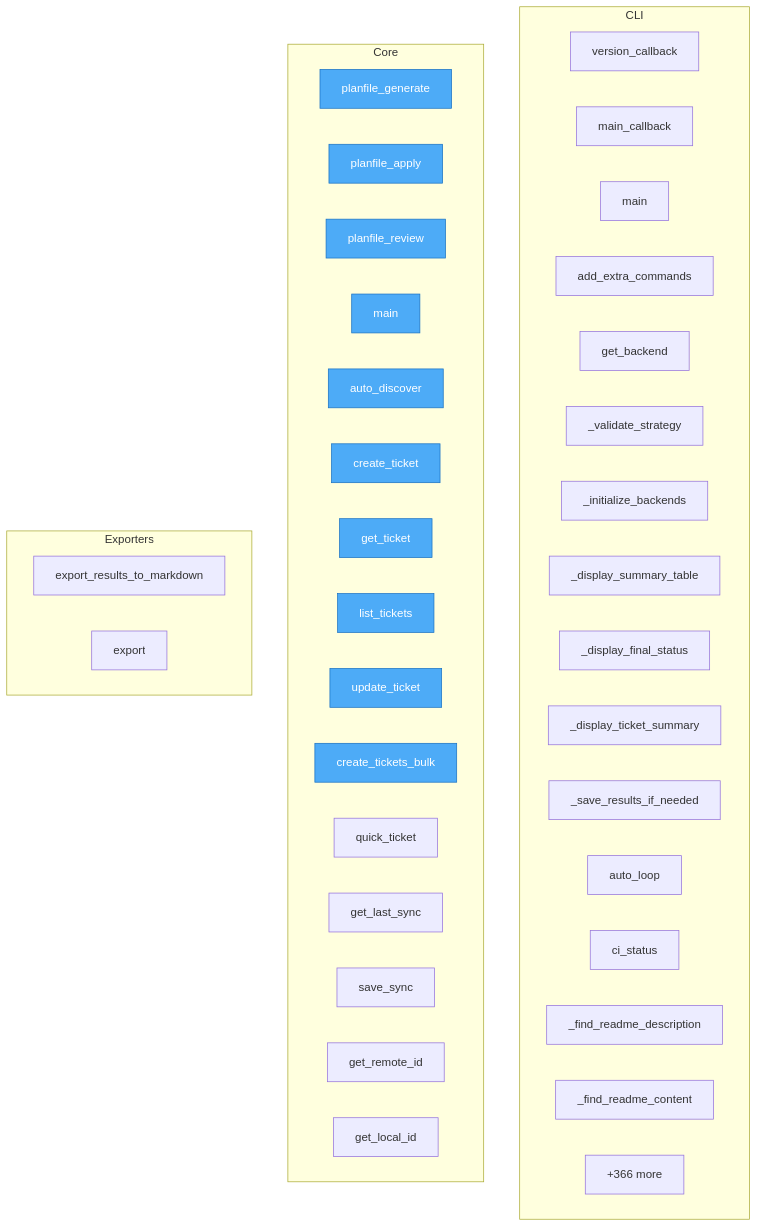
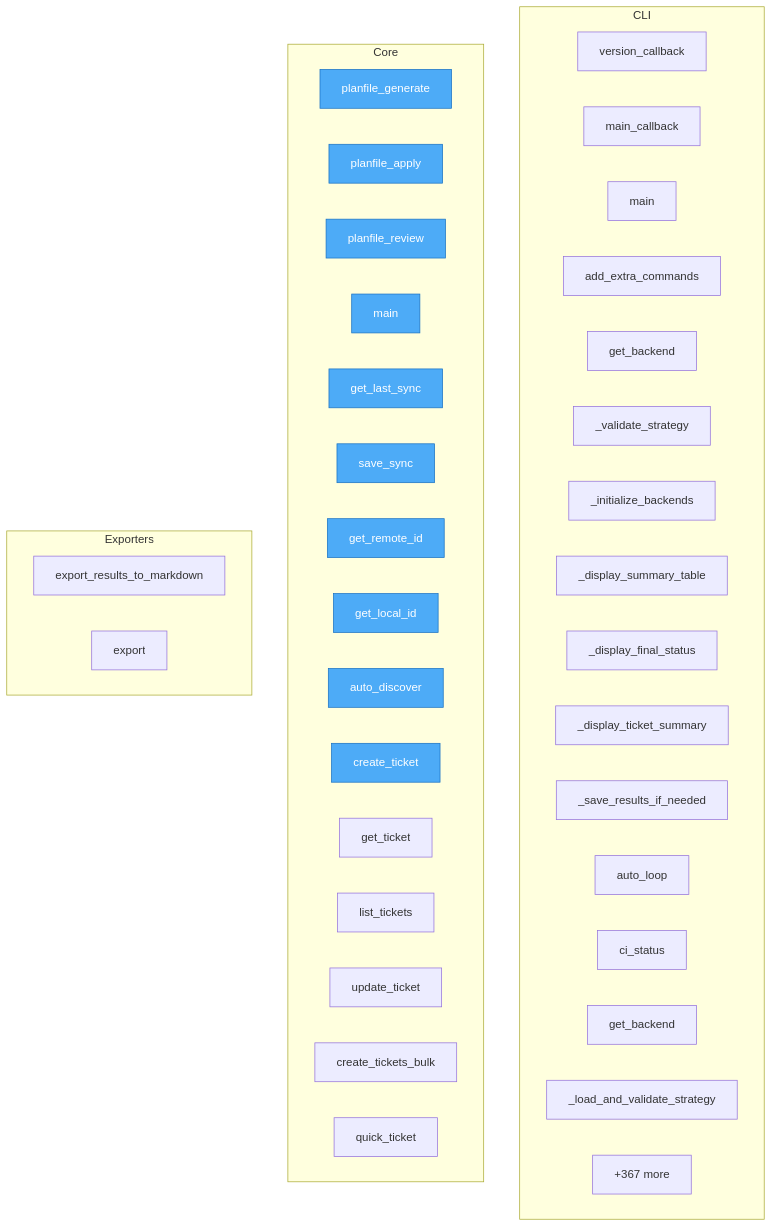
Before and after one commit to semcod/planfile: the diagram in project/flow.mmd, drawn with Mermaid. The commit also changed 22 other files, not shown here.

```diff
--- a/project/flow.mmd
+++ b/project/flow.mmd
@@ -1,49 +1,49 @@
 flowchart TD
 
     %% Entry points (blue)
     classDef entry fill:#4dabf7,stroke:#1971c2,color:#fff
 
     subgraph CLI
         planfile__cli__commands__version_callback["version_callback"]
         planfile__cli__commands__main_callback["main_callback"]
         planfile__cli__commands__main["main"]
         planfile__cli__extra_commands__add_extra_commands["add_extra_commands"]
         planfile__cli__auto_loop__get_backend["get_backend"]
         planfile__cli__auto_loop___validate_strategy["_validate_strategy"]
         planfile__cli__auto_loop___initialize_backends["_initialize_backends"]
         planfile__cli__auto_loop___display_summary_table["_display_summary_table"]
         planfile__cli__auto_loop___display_final_status["_display_final_status"]
         planfile__cli__auto_loop___display_ticket_summary["_display_ticket_summary"]
         planfile__cli__auto_loop___save_results_if_needed["_save_results_if_needed"]
         planfile__cli__auto_loop__auto_loop["auto_loop"]
         planfile__cli__auto_loop__ci_status["ci_status"]
-        planfile__cli__project_detector___find_readme_description["_find_readme_description"]
-        planfile__cli__project_detector___find_readme_content["_find_readme_content"]
+        planfile__cli__cmd__cmd_utils__get_backend["get_backend"]
+        planfile__cli__cmd__cmd_utils___load_and_validate_strategy["_load_and_validate_strategy"]
         ...["+57 more"]
     end
 
     subgraph Core
         mcp_server_example__planfile_generate["planfile_generate"]
         mcp_server_example__planfile_apply["planfile_apply"]
         mcp_server_example__planfile_review["planfile_review"]
         mcp_server_example__main["main"]
+        planfile__sync__state__SyncState__get_last_sync["get_last_sync"]
+        planfile__sync__state__SyncState__save_sync["save_sync"]
+        planfile__sync__state__SyncState__get_remote_id["get_remote_id"]
+        planfile__sync__state__SyncState__get_local_id["get_local_id"]
         planfile__Planfile__auto_discover["auto_discover"]
         planfile__Planfile__create_ticket["create_ticket"]
         planfile__Planfile__get_ticket["get_ticket"]
         planfile__Planfile__list_tickets["list_tickets"]
         planfile__Planfile__update_ticket["update_ticket"]
         planfile__Planfile__create_tickets_bulk["create_tickets_bulk"]
         planfile__quick_ticket["quick_ticket"]
-        planfile__sync__state__SyncState__get_last_sync["get_last_sync"]
-        planfile__sync__state__SyncState__save_sync["save_sync"]
-        planfile__sync__state__SyncState__get_remote_id["get_remote_id"]
-        planfile__sync__state__SyncState__get_local_id["get_local_id"]
-        ...["+366 more"]
+        ...["+367 more"]
     end
 
     subgraph Exporters
         planfile__loaders__cli_loader__export_results_to_markdown["export_results_to_markdown"]
         planfile__core__models__Strategy__export["export"]
     end
 
-    class mcp_server_example__planfile_generate,mcp_server_example__planfile_apply,mcp_server_example__planfile_review,mcp_server_example__main,planfile__Planfile__auto_discover,planfile__Planfile__create_ticket,planfile__Planfile__get_ticket,planfile__Planfile__list_tickets,planfile__Planfile__update_ticket,planfile__Planfile__create_tickets_bulk entry
+    class mcp_server_example__planfile_generate,mcp_server_example__planfile_apply,mcp_server_example__planfile_review,mcp_server_example__main,planfile__sync__state__SyncState__get_last_sync,planfile__sync__state__SyncState__save_sync,planfile__sync__state__SyncState__get_remote_id,planfile__sync__state__SyncState__get_local_id,planfile__Planfile__auto_discover,planfile__Planfile__create_ticket entry
```
